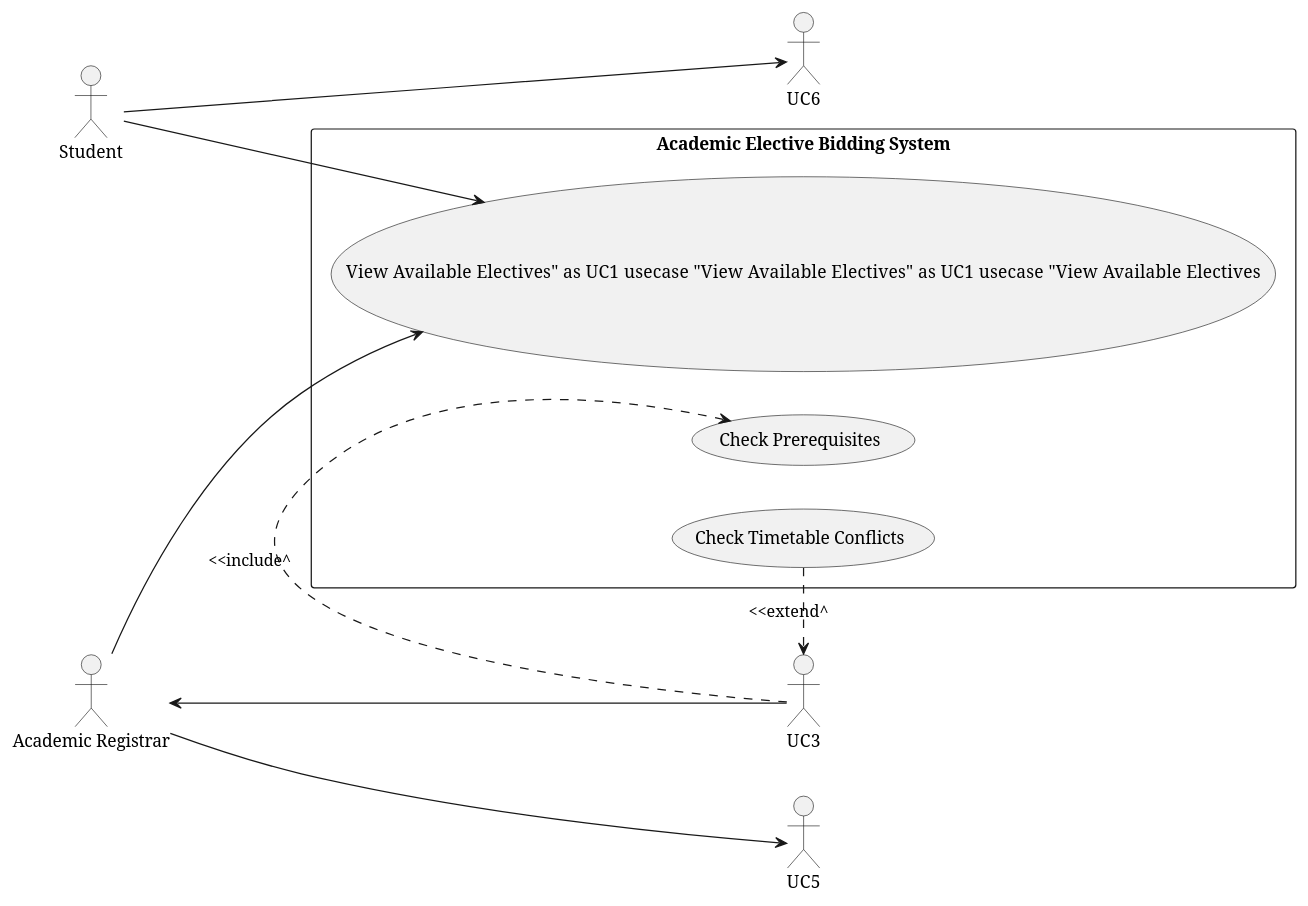
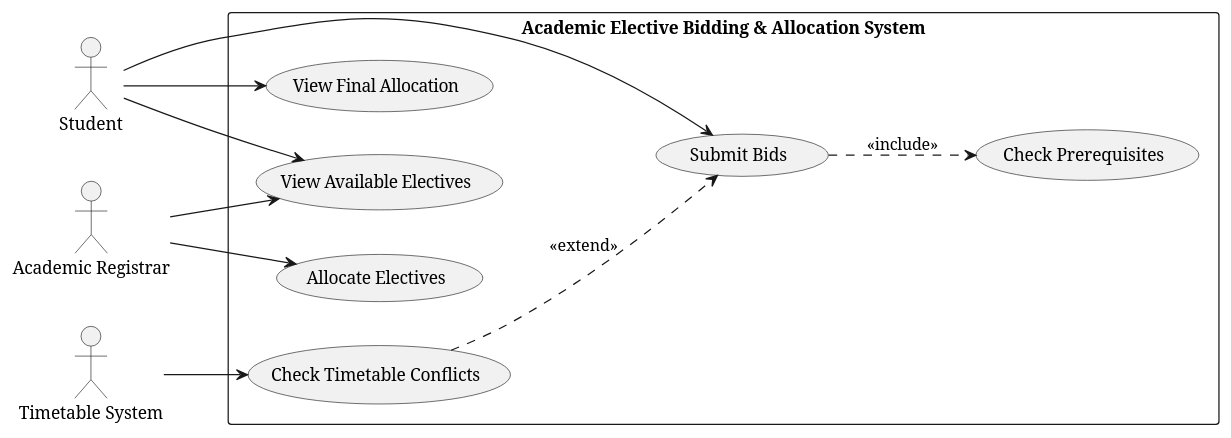
The diagram in diagrams/use_case_diagram.puml (jayakrishnaj0218-png/PES1UG24CS192-SE-Lab1), drawn with PlantUML before and after one commit.

```diff
--- a/diagrams/use_case_diagram.puml
+++ b/diagrams/use_case_diagram.puml
@@ -1,18 +1,58 @@
-@startuml 
-left to right direction 
-actor Student 
-actor "Academic Registrar" as Registrar 
-rectangle "Academic Elective Bidding System" { 
-    usecase "View Available Electives" as UC1 
-    usecase "View Available Electives" as UC1      usecase "View Available Electives" as UC1      usecase "View Available Electives" as UC1 
-    usecase "Check Prerequisites" as UC_Prereq 
-    usecase "Check Timetable Conflicts" as UC_Conflict 
-} 
-Student --> UC1 
-Student --> UC6 
-Registrar --> UC1 
-Registrar <-- UC3 
-Registrar --> UC5 
-UC3 ..> UC_Prereq : <<include^
-UC_Conflict ..> UC3 : <<extend^
-@enduml 
+@startuml
+
+left to right direction
+
+' =========================
+' ACTORS
+' =========================
+
+actor Student
+actor "Academic Registrar" as Registrar
+actor "Timetable System" as Timetable
+
+
+' =========================
+' SYSTEM
+' =========================
+
+rectangle "Academic Elective Bidding & Allocation System" {
+
+    usecase "View Available Electives" as UC1
+    usecase "Submit Bids" as UC2
+    usecase "Check Prerequisites" as UC3
+    usecase "Check Timetable Conflicts" as UC4
+    usecase "Allocate Electives" as UC5
+    usecase "View Final Allocation" as UC6
+
+}
+
+
+' =========================
+' ACTOR RELATIONSHIPS
+' =========================
+
+Student --> UC1
+Student --> UC2
+Student --> UC6
+
+Registrar --> UC5
+Registrar --> UC1
+
+Timetable --> UC4
+
+
+' =========================
+' INCLUDE RELATIONSHIP
+' =========================
+
+UC2 ..> UC3 : <<include>>
+
+
+' =========================
+' EXTEND RELATIONSHIP
+' =========================
+
+UC4 ..> UC2 : <<extend>>
+
+
+@enduml
```
